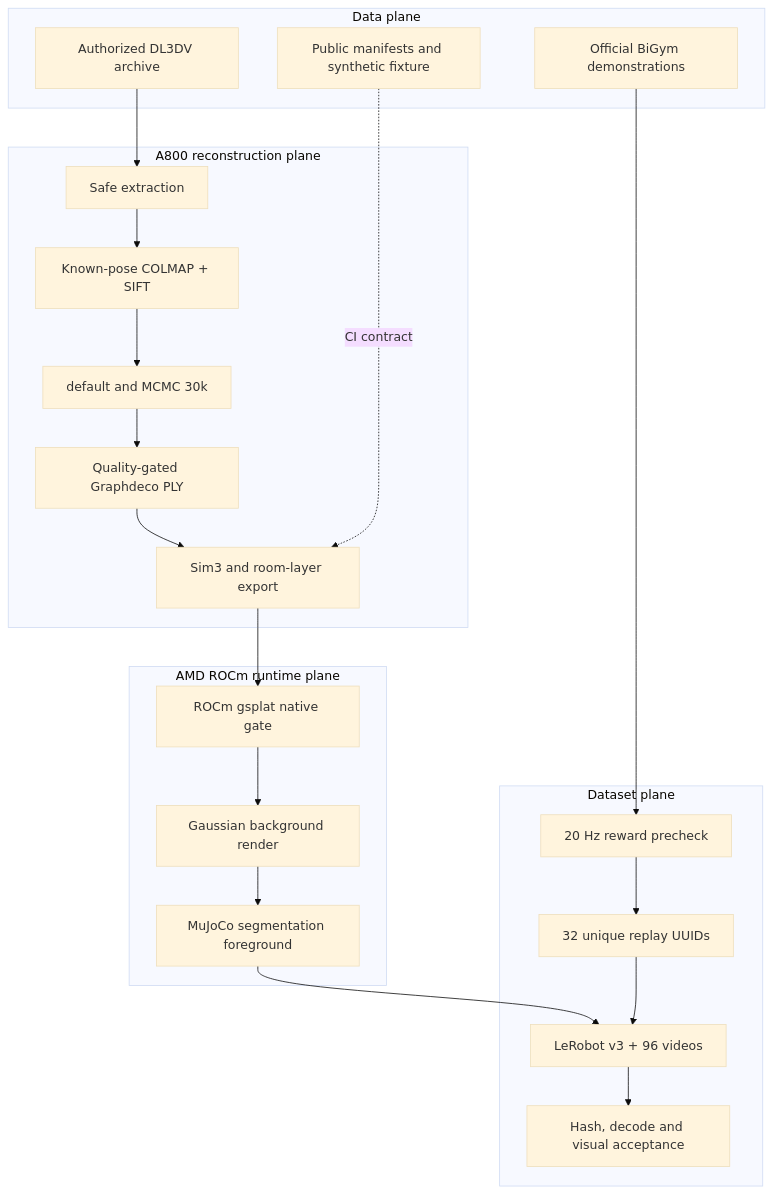
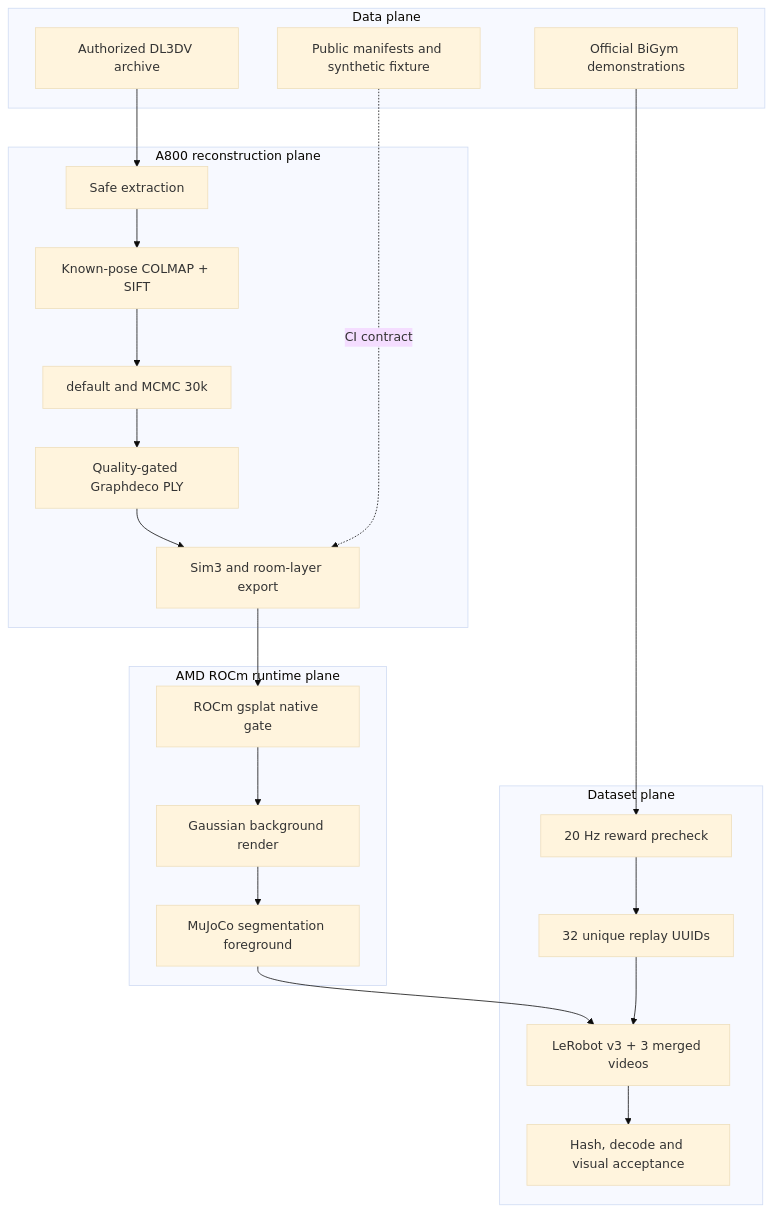
One commit to eust-w/amd-bigym-3dgs-rocm changed the diagram in docs/architecture/end-to-end.md. Above: the diagram before and after it, drawn with Mermaid (base theme). The commit also changed 23 other files, not shown here.

````diff
--- a/docs/architecture/end-to-end.md
+++ b/docs/architecture/end-to-end.md
@@ -3,36 +3,36 @@
 ```mermaid
 flowchart TB
   subgraph Data[Data plane]
     D1[Authorized DL3DV archive]
     D2[Official BiGym demonstrations]
     D3[Public manifests and synthetic fixture]
   end
 
   subgraph Reconstruction[A800 reconstruction plane]
     R1[Safe extraction]
     R2[Known-pose COLMAP + SIFT]
     R3[default and MCMC 30k]
     R4[Quality-gated Graphdeco PLY]
     R5[Sim3 and room-layer export]
   end
 
   subgraph Runtime[AMD ROCm runtime plane]
     A1[ROCm gsplat native gate]
     A2[Gaussian background render]
     A3[MuJoCo segmentation foreground]
   end
 
   subgraph Collection[Dataset plane]
     C1[20 Hz reward precheck]
     C2[32 unique replay UUIDs]
-    C3[LeRobot v3 + 96 videos]
+    C3[LeRobot v3 + 3 merged videos]
     C4[Hash, decode and visual acceptance]
   end
 
   D1 --> R1 --> R2 --> R3 --> R4 --> R5
   R5 --> A1 --> A2 --> A3
   D2 --> C1 --> C2
   A3 --> C3
   C2 --> C3 --> C4
   D3 -. CI contract .-> R5
 ```
````
